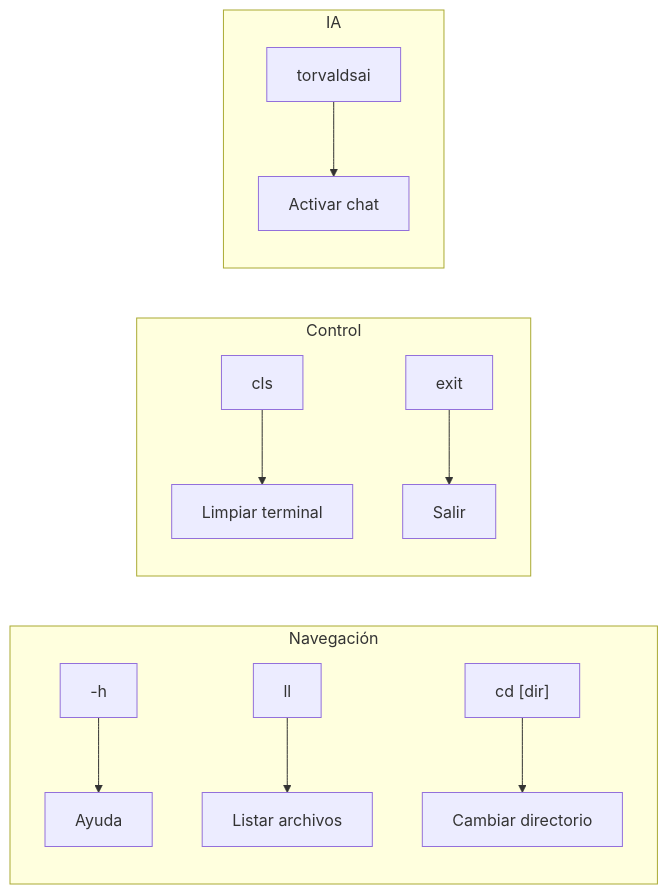
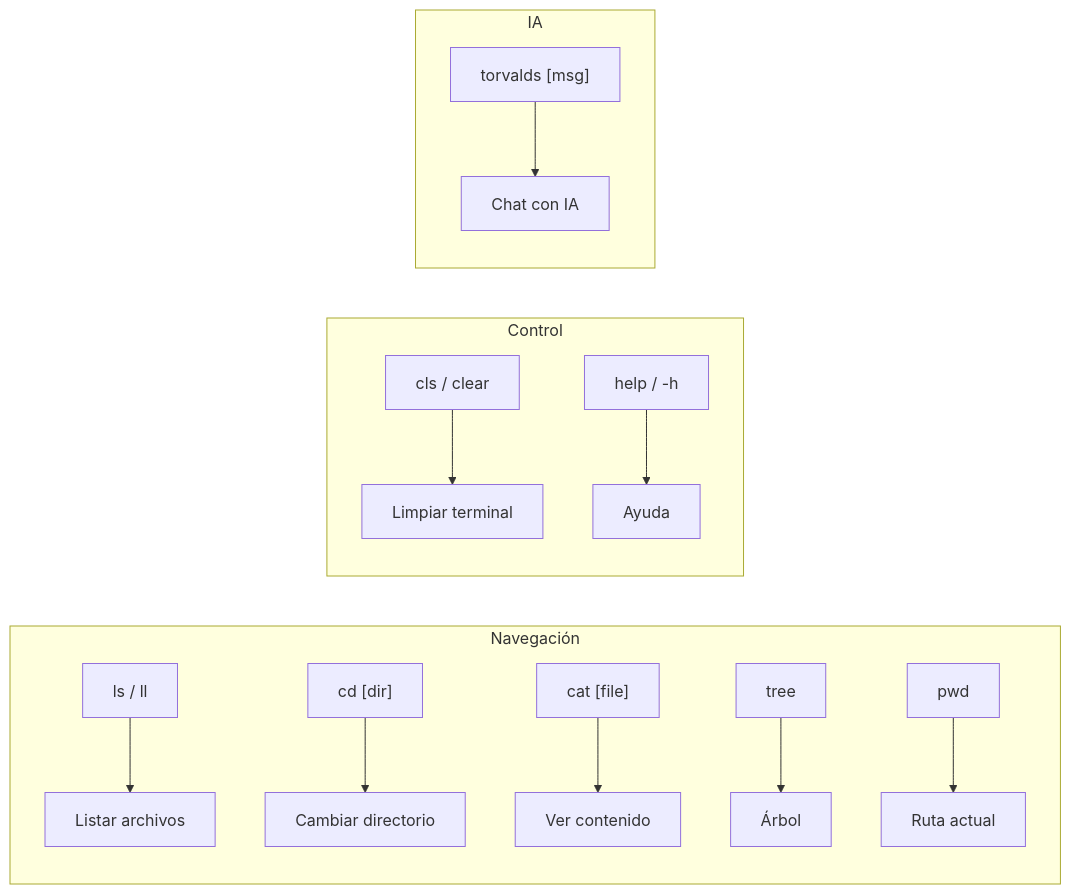
The diagram in src/lib/data/memory/meta.md (Brianleft28/brianleft-portfolio), drawn with Mermaid before and after one commit. The commit also changed other lines of this file and 8 other files, not shown here.

Commit message:
Refactor file system structure and documentation; enhance dynamic project loading and memory management; update AI integration with Google Gemini 2.5; remove obsolete database schema and monorepo setup documents; improve terminal command handling and user interaction.

````diff
--- a/src/lib/data/memory/meta.md
+++ b/src/lib/data/memory/meta.md
@@ -43,17 +62,19 @@
 ```mermaid
 flowchart LR
     subgraph Navegación
-        A["-h"] --> A1[Ayuda]
-        B["ll"] --> B1[Listar archivos]
-        C["cd [dir]"] --> C1[Cambiar directorio]
+        A["ls / ll"] --> A1[Listar archivos]
+        B["cd [dir]"] --> B1[Cambiar directorio]
+        C["cat [file]"] --> C1[Ver contenido]
+        D["tree"] --> D1[Árbol]
+        E["pwd"] --> E1[Ruta actual]
     end
     
     subgraph Control
-        D["cls"] --> D1[Limpiar terminal]
-        E["exit"] --> E1[Salir]
+        F["cls / clear"] --> F1[Limpiar terminal]
+        G["help / -h"] --> G1[Ayuda]
     end
     
     subgraph IA
-        F["torvaldsai"] --> F1[Activar chat]
+        H["torvalds [msg]"] --> H1[Chat con IA]
     end
 ```
````
